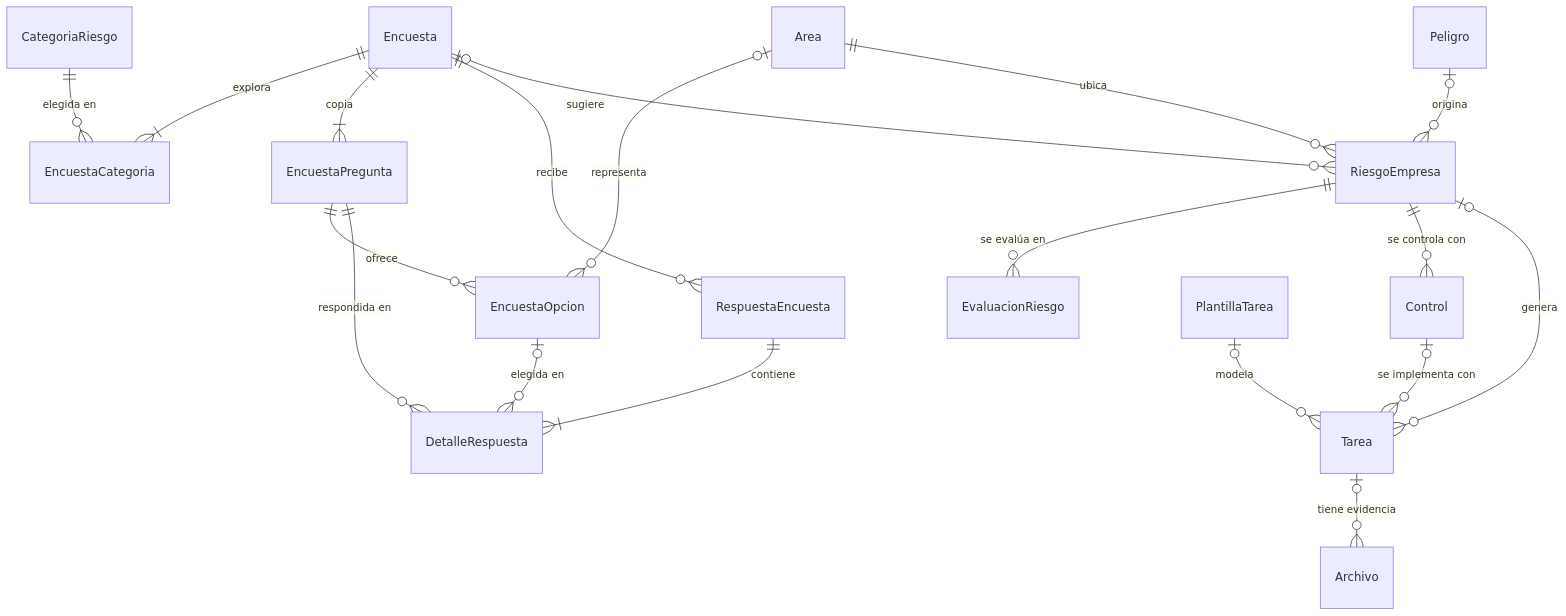
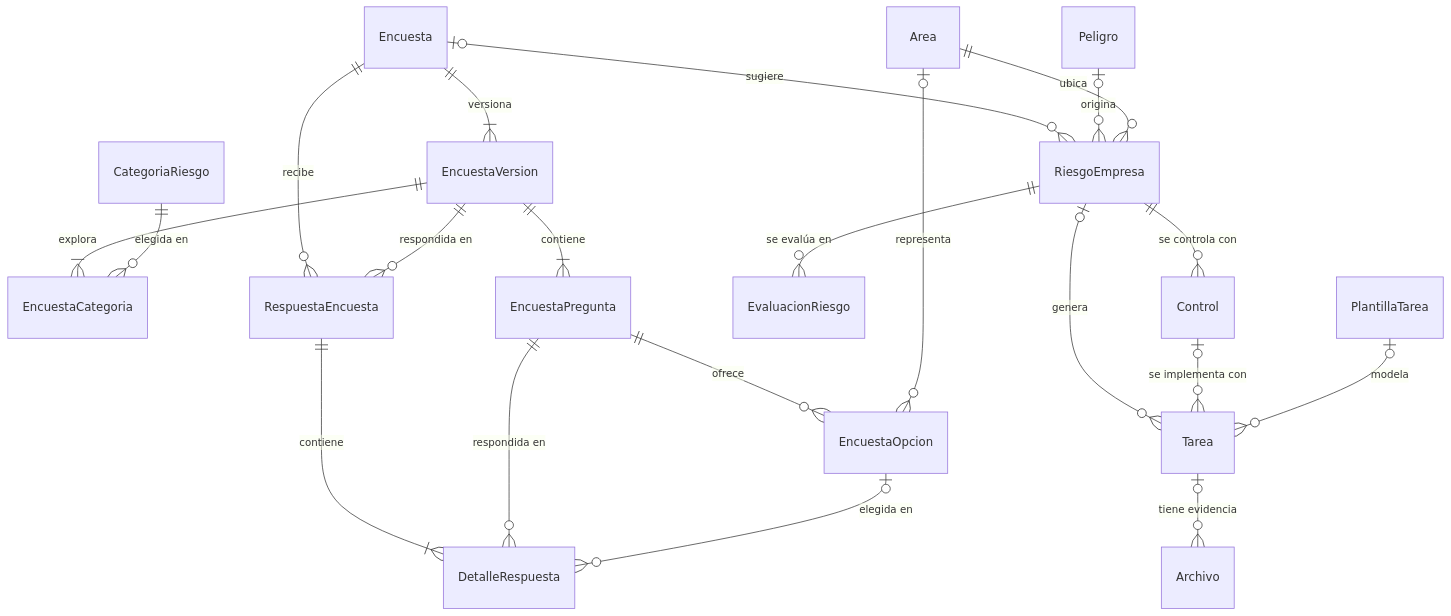
One commit to ddestephen/Sistemas-Expertos changed the second of 4 diagrams in docs/12-modelo-datos.md. Above: the diagram before and after it, drawn with Mermaid. The commit also changed other lines of this file and 9 other files, not shown here.

````diff
--- a/docs/12-modelo-datos.md
+++ b/docs/12-modelo-datos.md
@@ -114,21 +114,23 @@
 ```mermaid
 erDiagram
-    Encuesta ||--|{ EncuestaCategoria : "explora"
+    EncuestaVersion ||--|{ EncuestaCategoria : "explora"
     CategoriaRiesgo ||--o{ EncuestaCategoria : "elegida en"
-    Encuesta ||--|{ EncuestaPregunta : "copia"
+    Encuesta ||--|{ EncuestaVersion : "versiona"
+    EncuestaVersion ||--|{ EncuestaPregunta : "contiene"
     EncuestaPregunta ||--o{ EncuestaOpcion : "ofrece"
     Area |o--o{ EncuestaOpcion : "representa"
     Encuesta ||--o{ RespuestaEncuesta : "recibe"
+    EncuestaVersion ||--o{ RespuestaEncuesta : "respondida en"
     RespuestaEncuesta ||--|{ DetalleRespuesta : "contiene"
     EncuestaPregunta ||--o{ DetalleRespuesta : "respondida en"
     EncuestaOpcion |o--o{ DetalleRespuesta : "elegida en"
     Encuesta |o--o{ RiesgoEmpresa : "sugiere"
     Peligro |o--o{ RiesgoEmpresa : "origina"
     Area ||--o{ RiesgoEmpresa : "ubica"
     RiesgoEmpresa ||--o{ EvaluacionRiesgo : "se evalúa en"
     RiesgoEmpresa ||--o{ Control : "se controla con"
     RiesgoEmpresa |o--o{ Tarea : "genera"
     Control |o--o{ Tarea : "se implementa con"
     PlantillaTarea |o--o{ Tarea : "modela"
     Tarea |o--o{ Archivo : "tiene evidencia"
 ```
````
